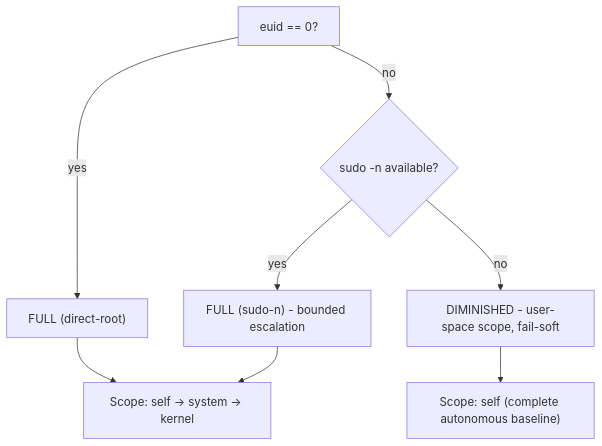
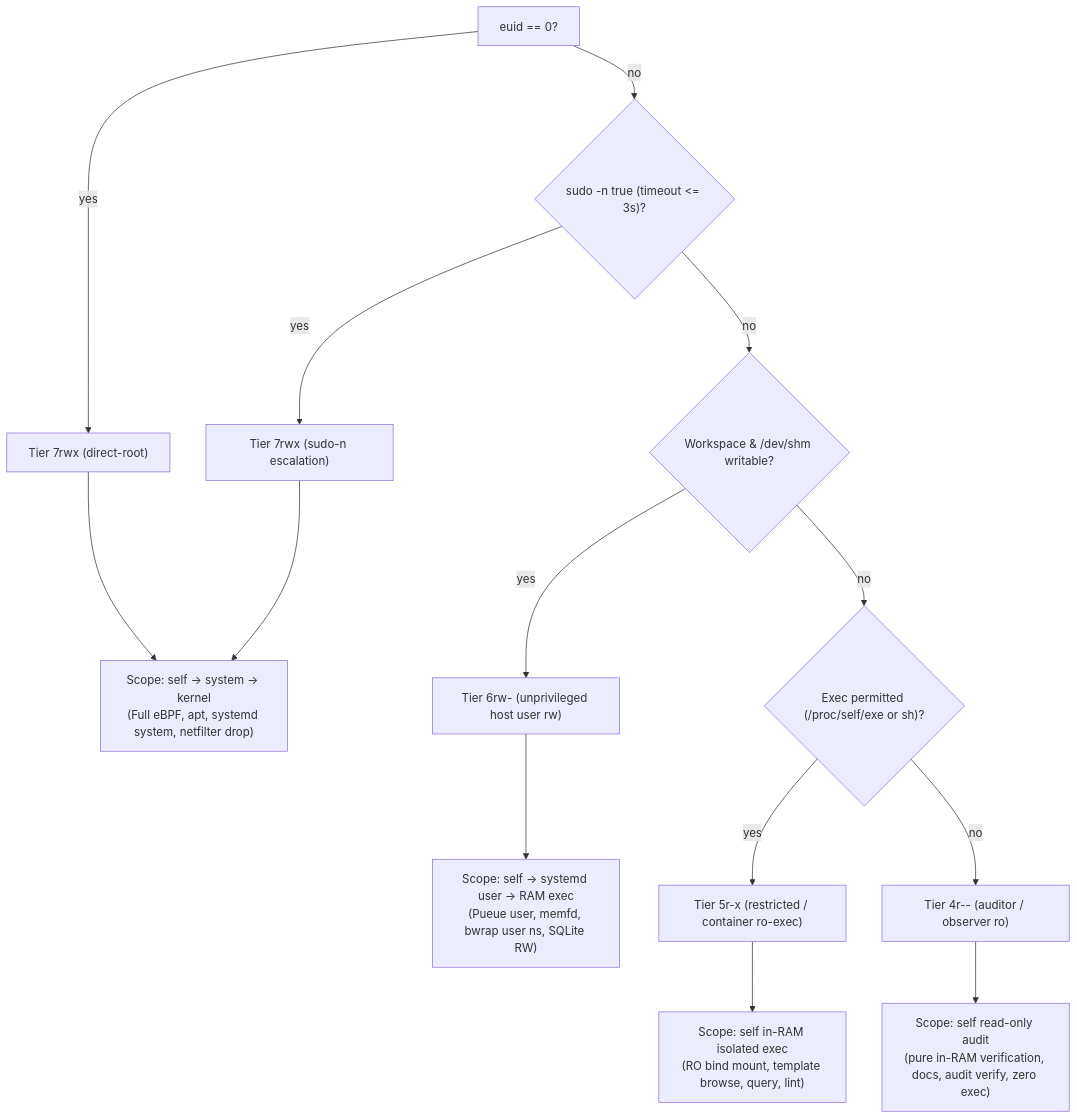
Before and after one commit to ancrz/agent-execution-plane: diagram 12 of 16 in README.md, drawn with Mermaid. The commit also changed other lines of this file and 5 other files, not shown here.

First line of the commit message:
docs(baseline): sync ont-33 milestones, compact, 4-tier degradation matrix, and 117/117 tests badge (ONT-33)

````diff
--- a/README.md
+++ b/README.md
@@ -822,9 +823,16 @@
 ```mermaid
 flowchart TD
-    Start["euid == 0?"] -->|yes| Full["FULL (direct-root)"]
-    Start -->|no| Sudo{"sudo -n available?"}
-    Sudo -->|yes| FullE["FULL (sudo-n) - bounded escalation"]
-    Sudo -->|no| Dim["DIMINISHED - user-space scope, fail-soft"]
-    Full & FullE --> Scope["Scope: self -> system -> kernel"]
-    Dim --> ScopeD["Scope: self (complete autonomous baseline)"]
+    Start["euid == 0?"] -->|yes| T7["Tier 7rwx (direct-root)"]
+    Start -->|no| Sudo{"sudo -n true (timeout <= 3s)?"}
+    Sudo -->|yes| T7E["Tier 7rwx (sudo-n escalation)"]
+    Sudo -->|no| Ws{"Workspace & /dev/shm writable?"}
+    Ws -->|yes| T6["Tier 6rw- (unprivileged host user rw)"]
+    Ws -->|no| Ex{"Exec permitted (/proc/self/exe or sh)?"}
+    Ex -->|yes| T5["Tier 5r-x (restricted / container ro-exec)"]
+    Ex -->|no| T4["Tier 4r-- (auditor / observer ro)"]
+
+    T7 & T7E --> S7["Scope: self -> system -> kernel<br/>(Full eBPF, apt, systemd system, netfilter drop)"]
+    T6 --> S6["Scope: self -> systemd user -> RAM exec<br/>(Pueue user, memfd, bwrap user ns, SQLite RW)"]
+    T5 --> S5["Scope: self in-RAM isolated exec<br/>(RO bind mount, template browse, query, lint)"]
+    T4 --> S4["Scope: self read-only audit<br/>(pure in-RAM verification, docs, audit verify, zero exec)"]
 ```
````
